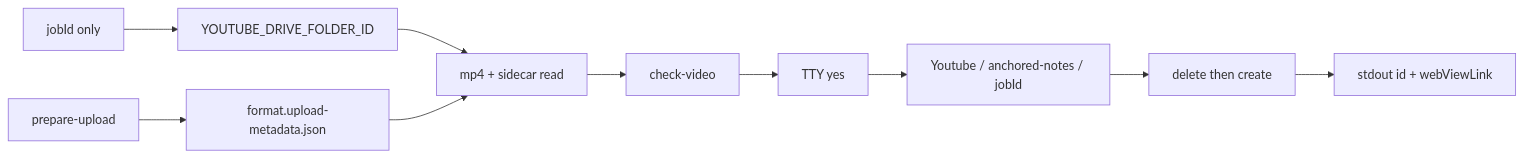
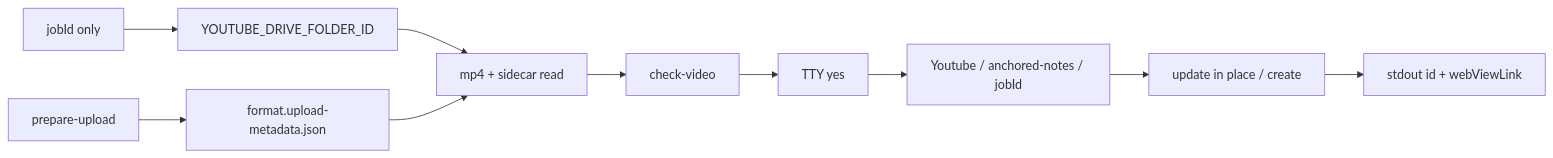
The first of 2 diagrams in video/README.md (farukcan/anchored-notes), drawn with Mermaid before and after one commit. The commit also changed other lines of this file and 3 other files, not shown here.

````diff
--- a/video/README.md
+++ b/video/README.md
@@ -163,12 +165,12 @@
 ```mermaid
 flowchart LR
   prepare["prepare-upload"] --> sidecar["format.upload-metadata.json"]
   jobId["jobId only"] --> env["YOUTUBE_DRIVE_FOLDER_ID"]
   env --> files["mp4 + sidecar read"]
   sidecar --> files
   files --> check["check-video"]
   check --> confirm["TTY yes"]
   confirm --> folders["Youtube / anchored-notes / jobId"]
-  folders --> overwrite["delete then create"]
+  folders --> overwrite["update in place / create"]
   overwrite --> stdout["stdout id + webViewLink"]
 ```
````
